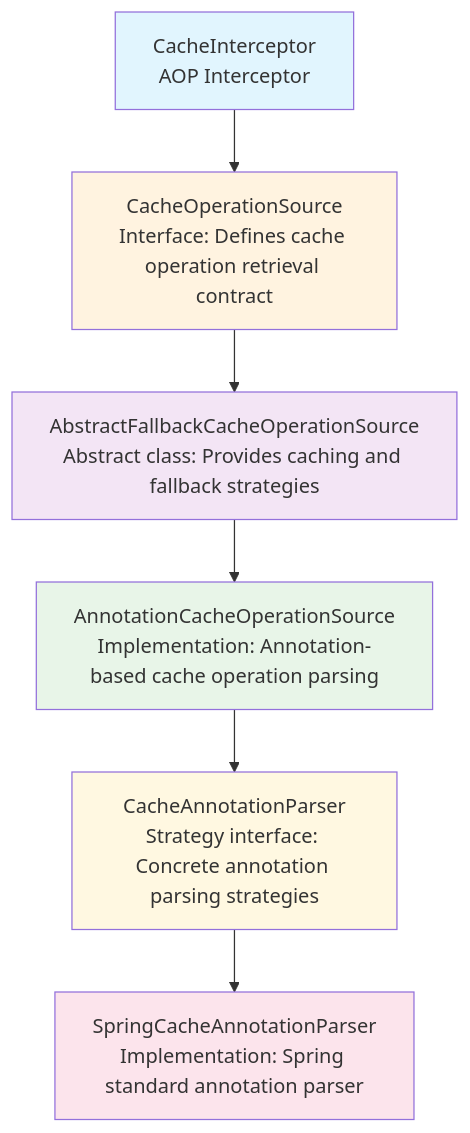
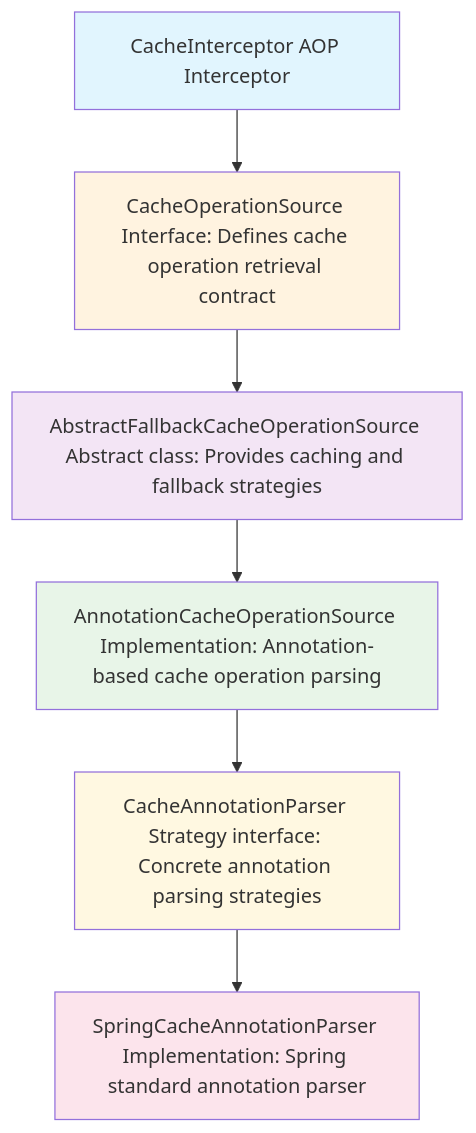
The first of 8 diagrams in src/content/note/en/spring-cache-cacheoperation-source-analysis.md (DavidHLP/blog), drawn with Mermaid before and after one commit. The commit also changed other lines of this file and 1 other file, not shown here.

````diff
--- a/src/content/note/en/spring-cache-cacheoperation-source-analysis.md
+++ b/src/content/note/en/spring-cache-cacheoperation-source-analysis.md
@@ -18,15 +18,15 @@
 ```mermaid
 flowchart TD
-    A["CacheInterceptor\nAOP Interceptor"] --> B["CacheOperationSource\nInterface: Defines cache operation retrieval contract"]
-    B --> C["AbstractFallbackCacheOperationSource\nAbstract class: Provides caching and fallback strategies"]
-    C --> D["AnnotationCacheOperationSource\nImplementation: Annotation-based cache operation parsing"]
-    D --> E["CacheAnnotationParser\nStrategy interface: Concrete annotation parsing strategies"]
-    E --> F["SpringCacheAnnotationParser\nImplementation: Spring standard annotation parser"]
+    A["CacheInterceptor AOP Interceptor"] --> B["CacheOperationSource Interface: Defines cache operation retrieval contract"]
+    B --> C["AbstractFallbackCacheOperationSource Abstract class: Provides caching and fallback strategies"]
+    C --> D["AnnotationCacheOperationSource Implementation: Annotation-based cache operation parsing"]
+    D --> E["CacheAnnotationParser Strategy interface: Concrete annotation parsing strategies"]
+    E --> F["SpringCacheAnnotationParser Implementation: Spring standard annotation parser"]
 
     style A fill:#e1f5fe
     style B fill:#fff3e0
     style C fill:#f3e5f5
     style D fill:#e8f5e8
     style E fill:#fff8e1
     style F fill:#fce4ec
 ```
````
